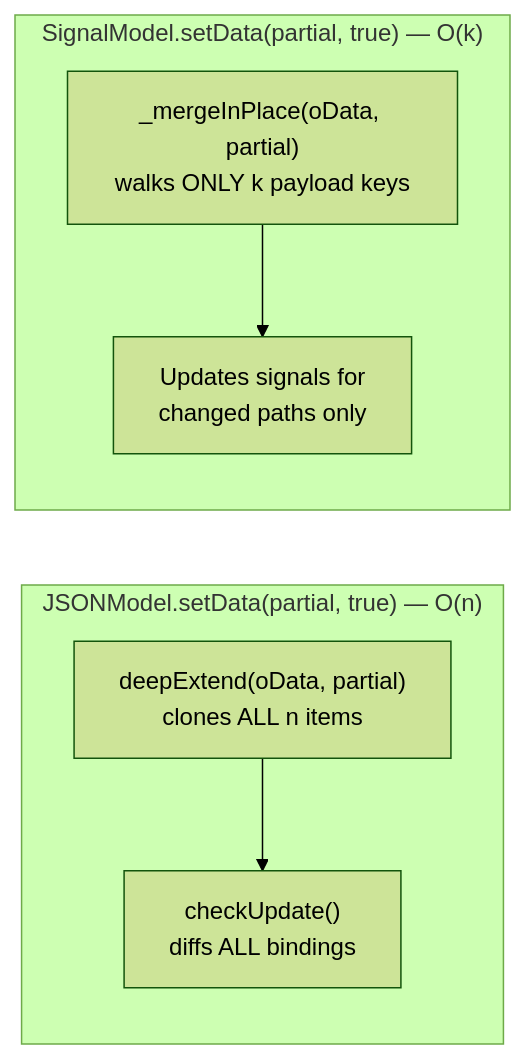
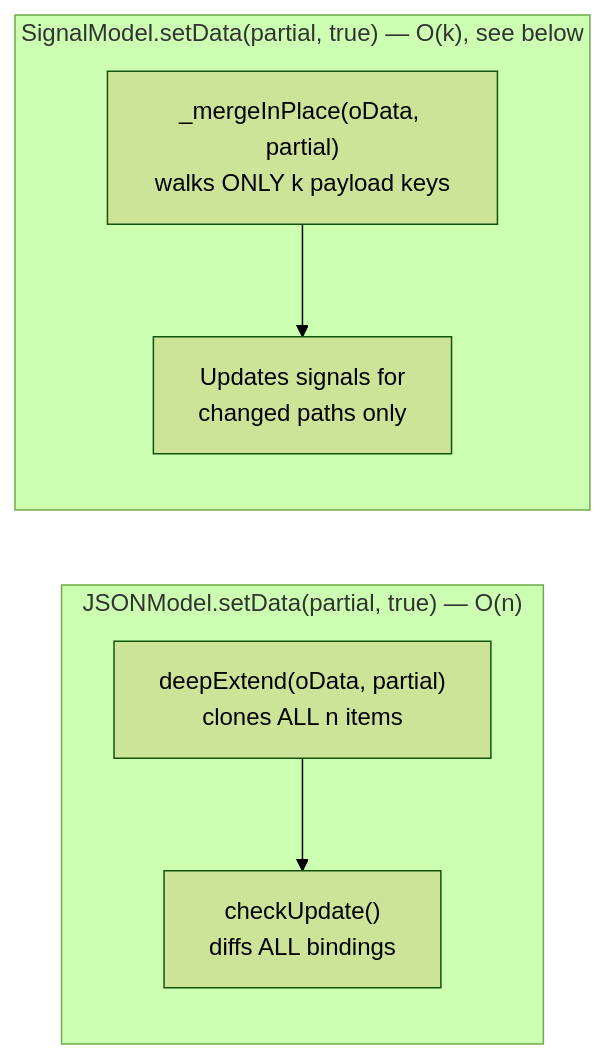
The fourth of 5 diagrams in docs/architecture.md (wridgeu/ui5-lib-signal-model), drawn with Mermaid (forest theme) before and after one commit. The commit also changed other lines of this file and 6 other files, not shown here.

````diff
--- a/docs/architecture.md
+++ b/docs/architecture.md
@@ -102,9 +102,9 @@
 ```mermaid
 flowchart LR
   subgraph JSON["JSONModel.setData(partial, true) — O(n)"]
     J1["deepExtend(oData, partial)<br/>clones ALL n items"] --> J2["checkUpdate()<br/>diffs ALL bindings"]
   end
-  subgraph SIG["SignalModel.setData(partial, true) — O(k)"]
+  subgraph SIG["SignalModel.setData(partial, true) — O(k), see below"]
     S1["_mergeInPlace(oData, partial)<br/>walks ONLY k payload keys"] --> S2["Updates signals for<br/>changed paths only"]
   end
 ```
````
